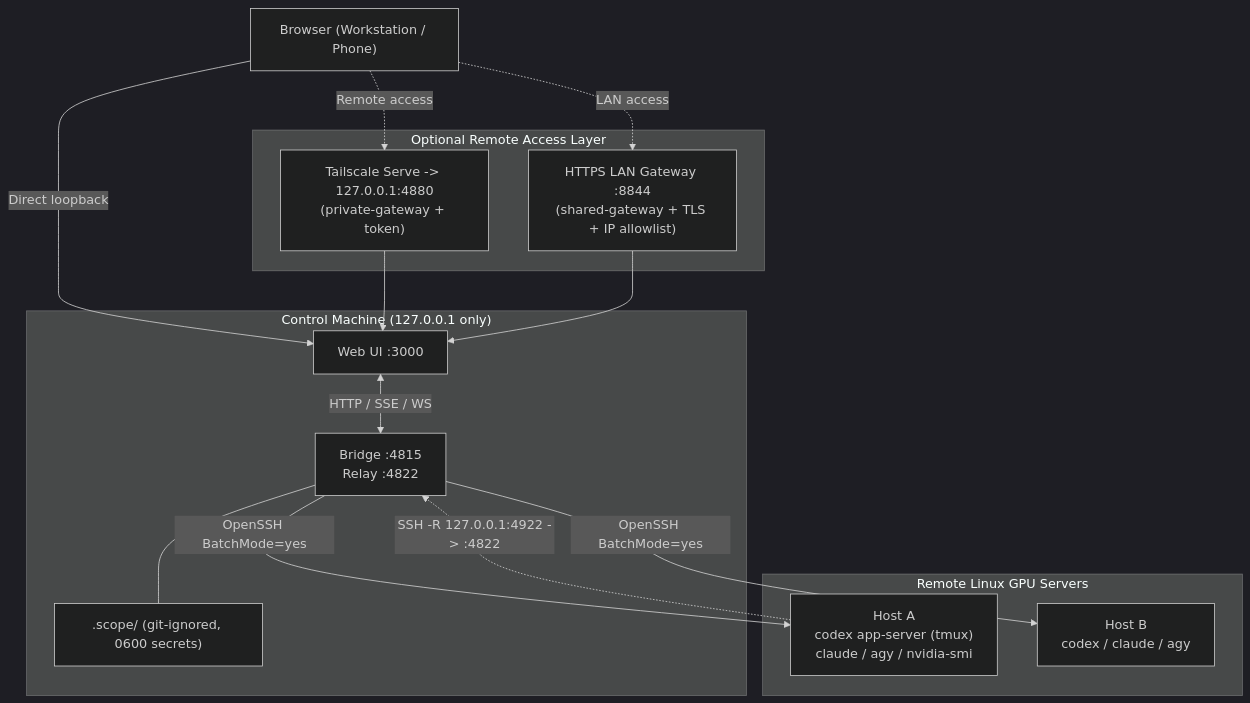
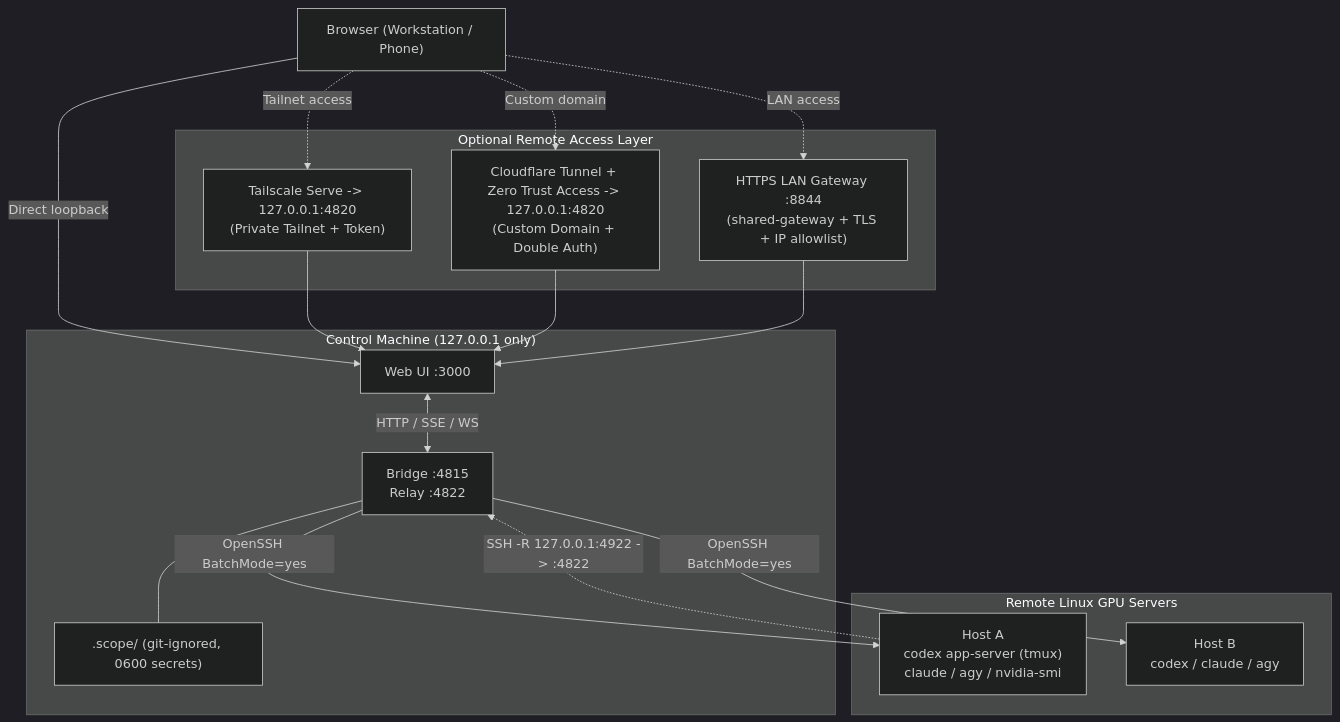
The diagram in docs/deployment.md (securityCFS/SCOPE), drawn with Mermaid (dark theme) before and after one commit. The commit also changed other lines of this file and 32 other files, not shown here.

Commit message:
feat(remote): add /scope-port proxy, trusted devices auth, and Tailscale/Cloudflare CLI

````diff
--- a/docs/deployment.md
+++ b/docs/deployment.md
@@ -22,26 +22,28 @@
 ```mermaid
 flowchart TB
   Browser["Browser (Workstation / Phone)"]
   subgraph OptionalGateway["Optional Remote Access Layer"]
-    TS["Tailscale Serve -> 127.0.0.1:4880\n(private-gateway + token)"]
+    TS["Tailscale Serve -> 127.0.0.1:4820\n(Private Tailnet + Token)"]
+    CF["Cloudflare Tunnel + Zero Trust Access -> 127.0.0.1:4820\n(Custom Domain + Double Auth)"]
     LAN["HTTPS LAN Gateway :8844\n(shared-gateway + TLS + IP allowlist)"]
   end
   subgraph ControlMachine["Control Machine (127.0.0.1 only)"]
     UI["Web UI :3000"]
     Bridge["Bridge :4815\nRelay :4822"]
     State[".scope/ (git-ignored, 0600 secrets)"]
   end
   subgraph RemoteHosts["Remote Linux GPU Servers"]
     H1["Host A\ncodex app-server (tmux)\nclaude / agy / nvidia-smi"]
     H2["Host B\ncodex / claude / agy"]
   end
 
   Browser -->|Direct loopback| UI
-  Browser -.->|Remote access| TS --> UI
+  Browser -.->|Tailnet access| TS --> UI
+  Browser -.->|Custom domain| CF --> UI
   Browser -.->|LAN access| LAN --> UI
   UI <-->|HTTP / SSE / WS| Bridge
   Bridge --- State
   Bridge -->|OpenSSH BatchMode=yes| H1
   Bridge -->|OpenSSH BatchMode=yes| H2
   H1 -.->|"SSH -R 127.0.0.1:4922 -> :4822"| Bridge
 ```
````
